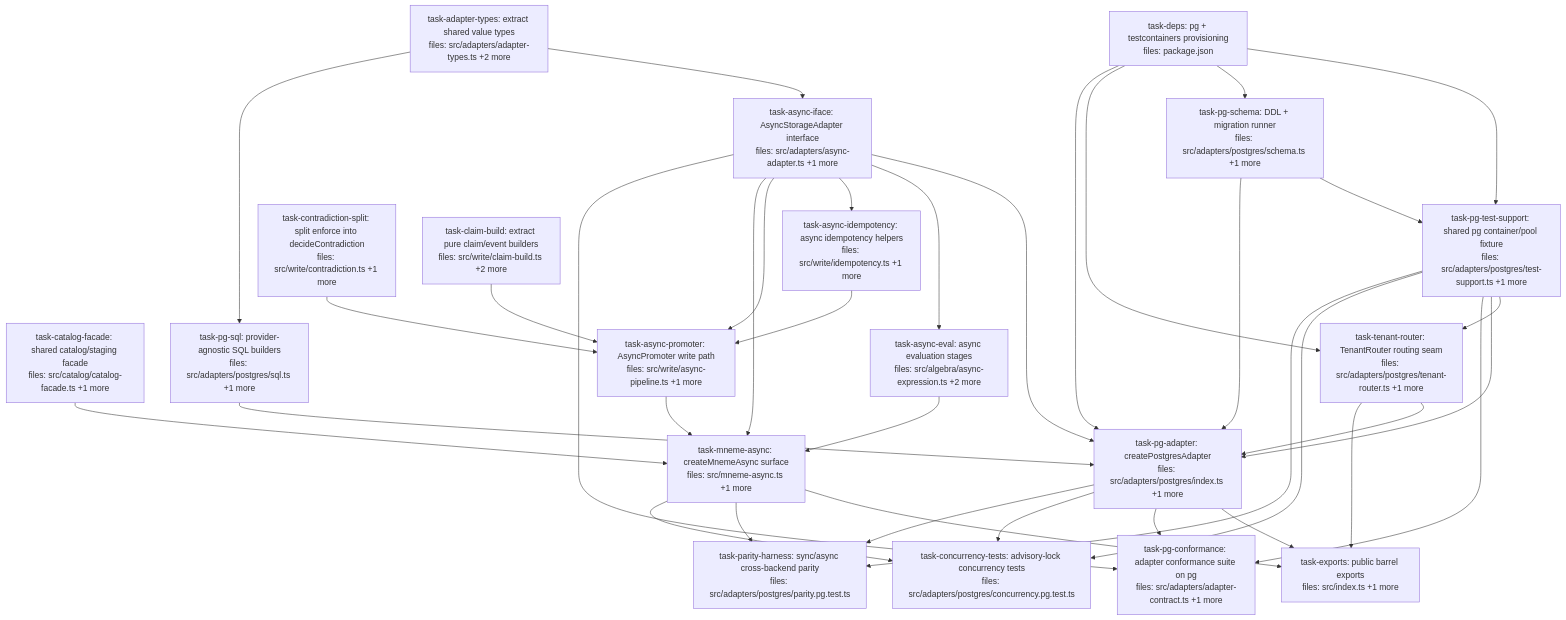
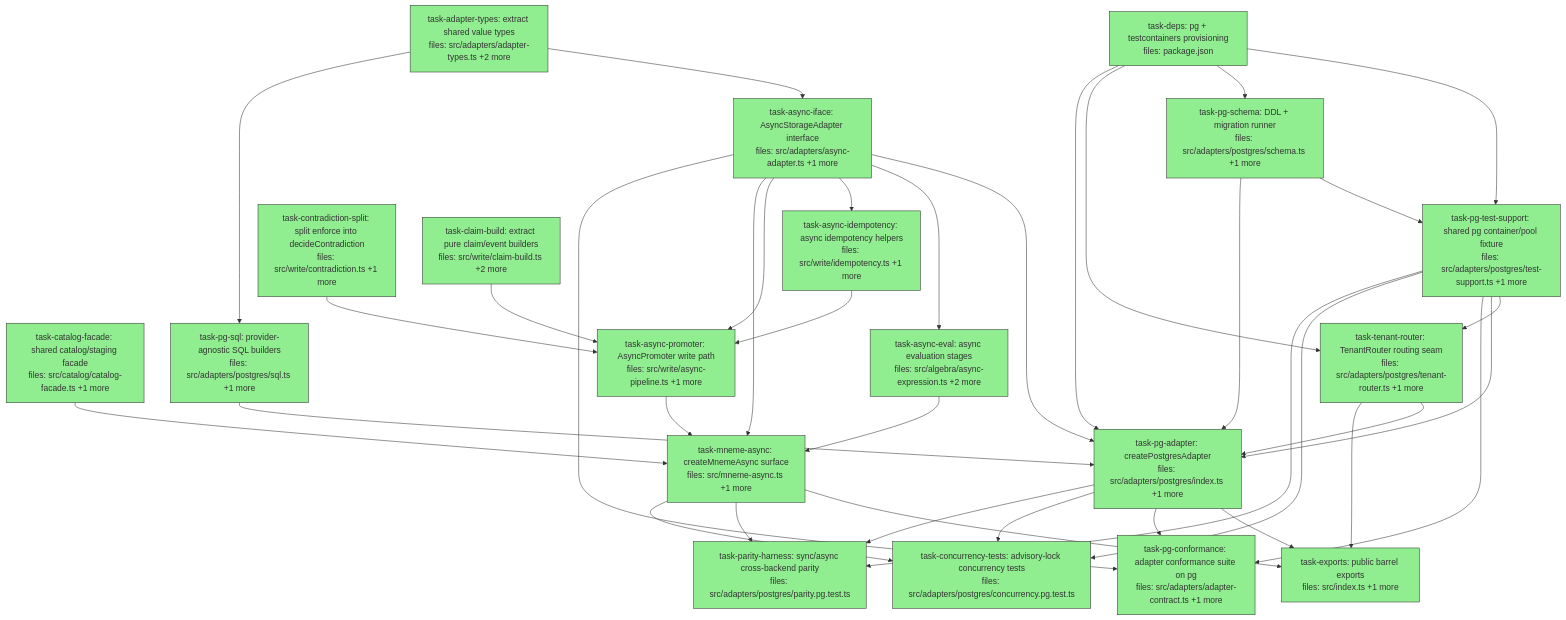
Before and after one commit to BrettNye/Mneme: the diagram in docs/superpowers/plans/2026-07-05-postgres-async-adapter-dag.md, drawn with Mermaid. The commit also changed other lines of this file, not shown here.

Commit message:
plan(postgres-async-adapter): mark all 19 tasks done — execution complete
DAG execution finished: all 19 tasks spec+quality approved. Default suite
165 files/2084 tests green; pg testcontainers suite 7 files/44 tests green;
tsc --noEmit clean.

````diff
--- a/docs/superpowers/plans/2026-07-05-postgres-async-adapter-dag.md
+++ b/docs/superpowers/plans/2026-07-05-postgres-async-adapter-dag.md
@@ -9,64 +9,64 @@
 ```mermaid
 flowchart TD
-    task-deps["task-deps: pg + testcontainers provisioning<br/>files: package.json"]
-    task-pg-test-support["task-pg-test-support: shared pg container/pool fixture<br/>files: src/adapters/postgres/test-support.ts +1 more"]
-    task-adapter-types["task-adapter-types: extract shared value types<br/>files: src/adapters/adapter-types.ts +2 more"]
-    task-async-iface["task-async-iface: AsyncStorageAdapter interface<br/>files: src/adapters/async-adapter.ts +1 more"]
-    task-contradiction-split["task-contradiction-split: split enforce into decideContradiction<br/>files: src/write/contradiction.ts +1 more"]
-    task-claim-build["task-claim-build: extract pure claim/event builders<br/>files: src/write/claim-build.ts +2 more"]
-    task-catalog-facade["task-catalog-facade: shared catalog/staging facade<br/>files: src/catalog/catalog-facade.ts +1 more"]
-    task-pg-sql["task-pg-sql: provider-agnostic SQL builders<br/>files: src/adapters/postgres/sql.ts +1 more"]
-    task-pg-schema["task-pg-schema: DDL + migration runner<br/>files: src/adapters/postgres/schema.ts +1 more"]
-    task-tenant-router["task-tenant-router: TenantRouter routing seam<br/>files: src/adapters/postgres/tenant-router.ts +1 more"]
-    task-pg-adapter["task-pg-adapter: createPostgresAdapter<br/>files: src/adapters/postgres/index.ts +1 more"]
-    task-async-eval["task-async-eval: async evaluation stages<br/>files: src/algebra/async-expression.ts +2 more"]
-    task-async-idempotency["task-async-idempotency: async idempotency helpers<br/>files: src/write/idempotency.ts +1 more"]
-    task-async-promoter["task-async-promoter: AsyncPromoter write path<br/>files: src/write/async-pipeline.ts +1 more"]
-    task-mneme-async["task-mneme-async: createMnemeAsync surface<br/>files: src/mneme-async.ts +1 more"]
-    task-exports["task-exports: public barrel exports<br/>files: src/index.ts +1 more"]
-    task-pg-conformance["task-pg-conformance: adapter conformance suite on pg<br/>files: src/adapters/adapter-contract.ts +1 more"]
-    task-concurrency-tests["task-concurrency-tests: advisory-lock concurrency tests<br/>files: src/adapters/postgres/concurrency.pg.test.ts"]
-    task-parity-harness["task-parity-harness: sync/async cross-backend parity<br/>files: src/adapters/postgres/parity.pg.test.ts"]
+    task-deps["task-deps: pg + testcontainers provisioning<br/>files: package.json"]:::done
+    task-pg-test-support["task-pg-test-support: shared pg container/pool fixture<br/>files: src/adapters/postgres/test-support.ts +1 more"]:::done
+    task-adapter-types["task-adapter-types: extract shared value types<br/>files: src/adapters/adapter-types.ts +2 more"]:::done
+    task-async-iface["task-async-iface: AsyncStorageAdapter interface<br/>files: src/adapters/async-adapter.ts +1 more"]:::done
+    task-contradiction-split["task-contradiction-split: split enforce into decideContradiction<br/>files: src/write/contradiction.ts +1 more"]:::done
+    task-claim-build["task-claim-build: extract pure claim/event builders<br/>files: src/write/claim-build.ts +2 more"]:::done
+    task-catalog-facade["task-catalog-facade: shared catalog/staging facade<br/>files: src/catalog/catalog-facade.ts +1 more"]:::done
+    task-pg-sql["task-pg-sql: provider-agnostic SQL builders<br/>files: src/adapters/postgres/sql.ts +1 more"]:::done
+    task-pg-schema["task-pg-schema: DDL + migration runner<br/>files: src/adapters/postgres/schema.ts +1 more"]:::done
+    task-tenant-router["task-tenant-router: TenantRouter routing seam<br/>files: src/adapters/postgres/tenant-router.ts +1 more"]:::done
+    task-pg-adapter["task-pg-adapter: createPostgresAdapter<br/>files: src/adapters/postgres/index.ts +1 more"]:::done
+    task-async-eval["task-async-eval: async evaluation stages<br/>files: src/algebra/async-expression.ts +2 more"]:::done
+    task-async-idempotency["task-async-idempotency: async idempotency helpers<br/>files: src/write/idempotency.ts +1 more"]:::done
+    task-async-promoter["task-async-promoter: AsyncPromoter write path<br/>files: src/write/async-pipeline.ts +1 more"]:::done
+    task-mneme-async["task-mneme-async: createMnemeAsync surface<br/>files: src/mneme-async.ts +1 more"]:::done
+    task-exports["task-exports: public barrel exports<br/>files: src/index.ts +1 more"]:::done
+    task-pg-conformance["task-pg-conformance: adapter conformance suite on pg<br/>files: src/adapters/adapter-contract.ts +1 more"]:::done
+    task-concurrency-tests["task-concurrency-tests: advisory-lock concurrency tests<br/>files: src/adapters/postgres/concurrency.pg.test.ts"]:::done
+    task-parity-harness["task-parity-harness: sync/async cross-backend parity<br/>files: src/adapters/postgres/parity.pg.test.ts"]:::done
 
     task-adapter-types --> task-async-iface
     task-adapter-types --> task-pg-sql
     task-deps --> task-pg-test-support
     task-deps --> task-pg-schema
     task-deps --> task-tenant-router
     task-deps --> task-pg-adapter
     task-pg-schema --> task-pg-test-support
     task-pg-test-support --> task-tenant-router
     task-pg-test-support --> task-pg-adapter
     task-pg-test-support --> task-pg-conformance
     task-pg-test-support --> task-concurrency-tests
     task-pg-test-support --> task-parity-harness
     task-async-iface --> task-pg-adapter
     task-async-iface --> task-async-eval
     task-async-iface --> task-async-idempotency
     task-async-iface --> task-async-promoter
     task-async-iface --> task-mneme-async
     task-async-iface --> task-pg-conformance
     task-pg-sql --> task-pg-adapter
     task-pg-schema --> task-pg-adapter
     task-tenant-router --> task-pg-adapter
     task-tenant-router --> task-exports
     task-contradiction-split --> task-async-promoter
     task-claim-build --> task-async-promoter
     task-async-idempotency --> task-async-promoter
     task-catalog-facade --> task-mneme-async
     task-async-promoter --> task-mneme-async
     task-async-eval --> task-mneme-async
     task-pg-adapter --> task-exports
     task-pg-adapter --> task-pg-conformance
     task-pg-adapter --> task-concurrency-tests
     task-pg-adapter --> task-parity-harness
     task-mneme-async --> task-exports
     task-mneme-async --> task-parity-harness
     task-mneme-async --> task-concurrency-tests
 
     classDef done fill:#90ee90,stroke:#333
     classDef ready fill:#fffacd,stroke:#333
     classDef running fill:#87ceeb,stroke:#333
     classDef failed fill:#ffb6c1,stroke:#333
     classDef skipped fill:#d3d3d3,stroke:#333,stroke-dasharray: 5 5
 ```
````
